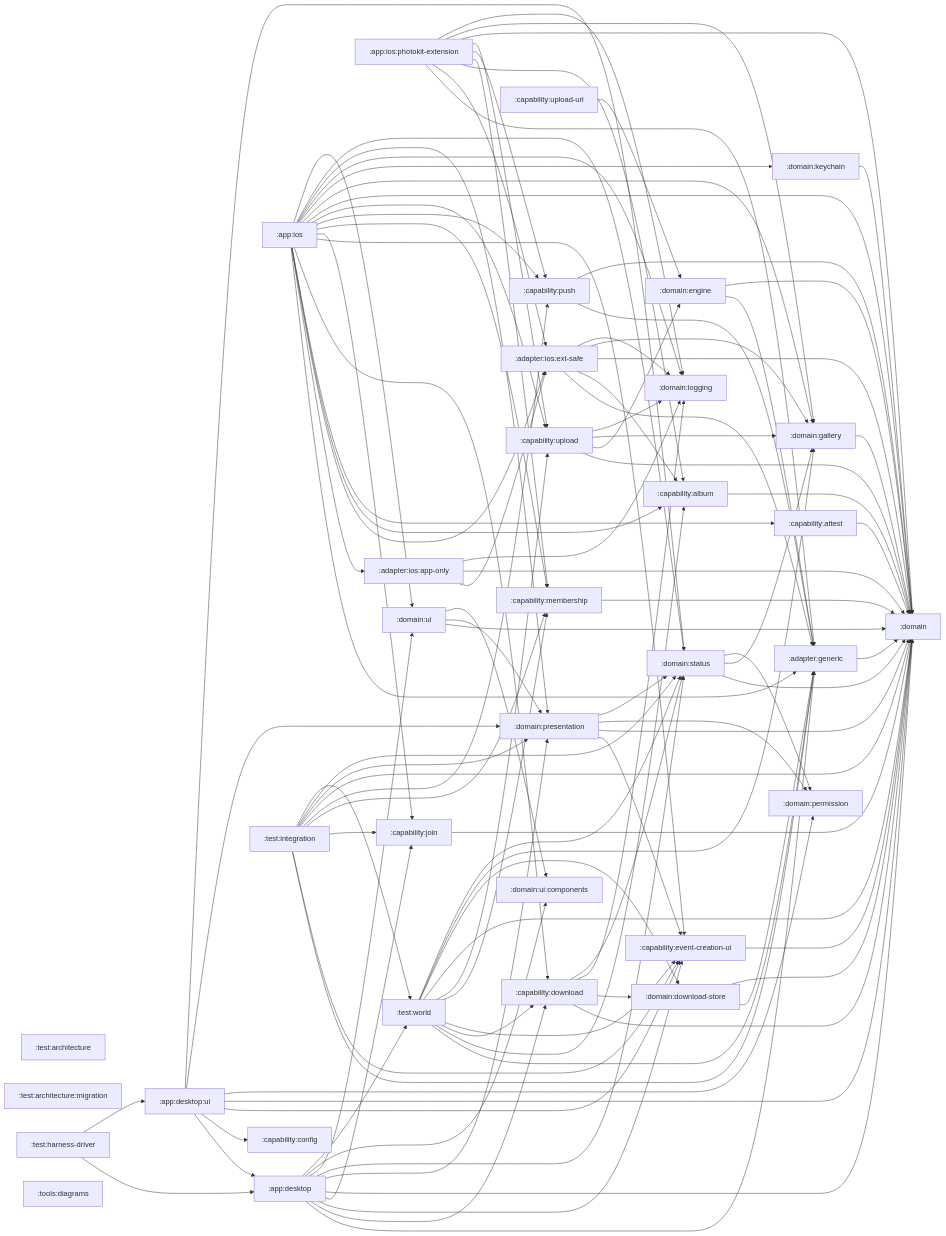
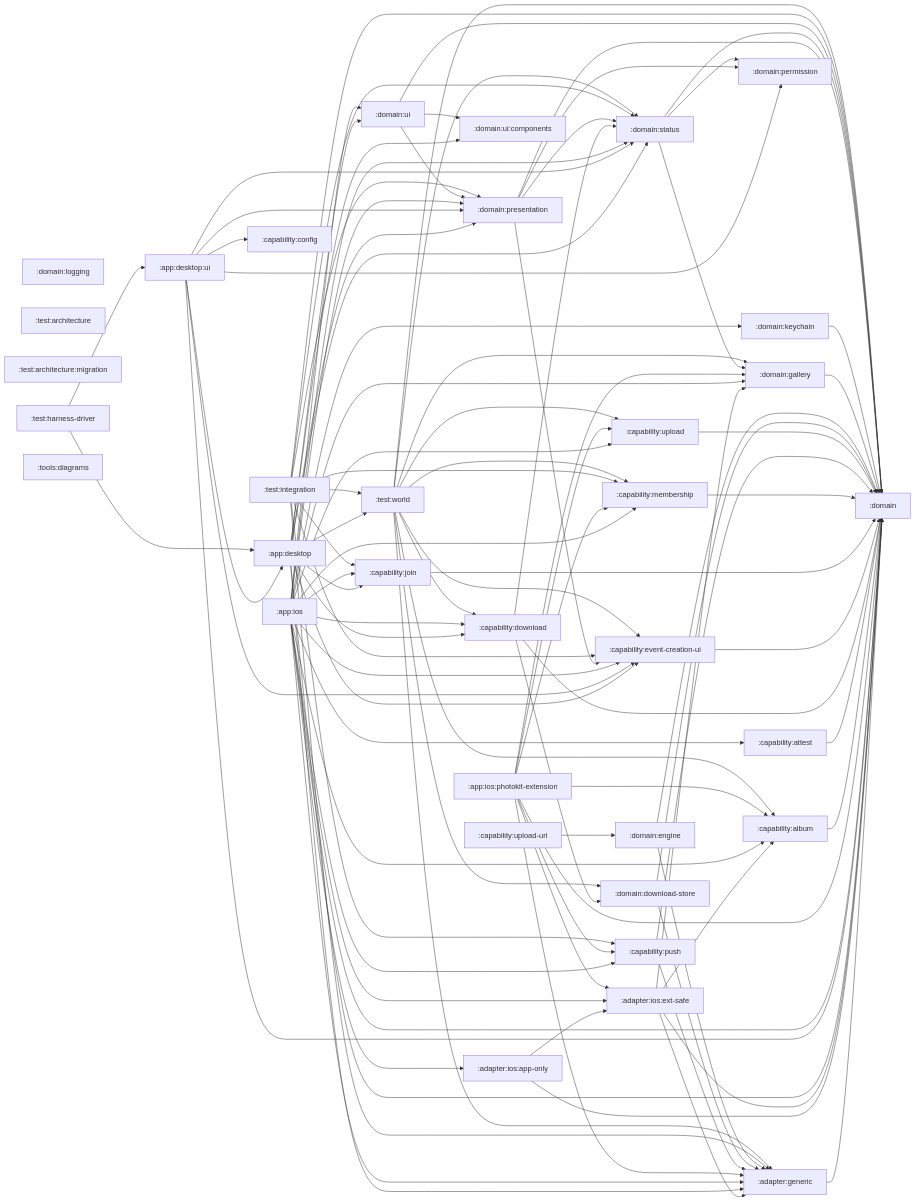
Before and after one commit to stefanhoelzl/SnapSync: the diagram in architecture/modules.md, drawn with Mermaid. The commit also changed 123 other files, not shown here.

First line of the commit message:
feat(architecture): migration step 5 — features I: upload · membership · status · trust

```diff
--- a/architecture/modules.md
+++ b/architecture/modules.md
@@ -43,12 +43,10 @@
   adapter_generic --> domain
   adapter_ios_app_only --> adapter_ios_ext_safe
   adapter_ios_app_only --> domain
-  adapter_ios_app_only --> domain_logging
   adapter_ios_ext_safe --> adapter_generic
   adapter_ios_ext_safe --> capability_album
   adapter_ios_ext_safe --> domain
   adapter_ios_ext_safe --> domain_gallery
-  adapter_ios_ext_safe --> domain_logging
   app_desktop --> adapter_generic
   app_desktop --> capability_download
   app_desktop --> capability_event_creation_ui
@@ -80,7 +78,6 @@
   app_ios --> domain
   app_ios --> domain_gallery
   app_ios --> domain_keychain
-  app_ios --> domain_logging
   app_ios --> domain_presentation
   app_ios --> domain_status
   app_ios --> domain_ui
@@ -92,12 +89,10 @@
   app_ios_photokit_extension --> capability_upload
   app_ios_photokit_extension --> domain
   app_ios_photokit_extension --> domain_gallery
-  app_ios_photokit_extension --> domain_logging
   capability_album --> domain
   capability_attest --> domain
   capability_download --> domain
   capability_download --> domain_download_store
-  capability_download --> domain_logging
   capability_download --> domain_status
   capability_event_creation_ui --> domain
   capability_join --> domain
@@ -105,9 +100,6 @@
   capability_push --> adapter_generic
   capability_push --> domain
   capability_upload --> domain
-  capability_upload --> domain_engine
-  capability_upload --> domain_gallery
-  capability_upload --> domain_logging
   capability_upload_url --> domain_engine
   domain_download_store --> adapter_generic
   domain_download_store --> domain
```
